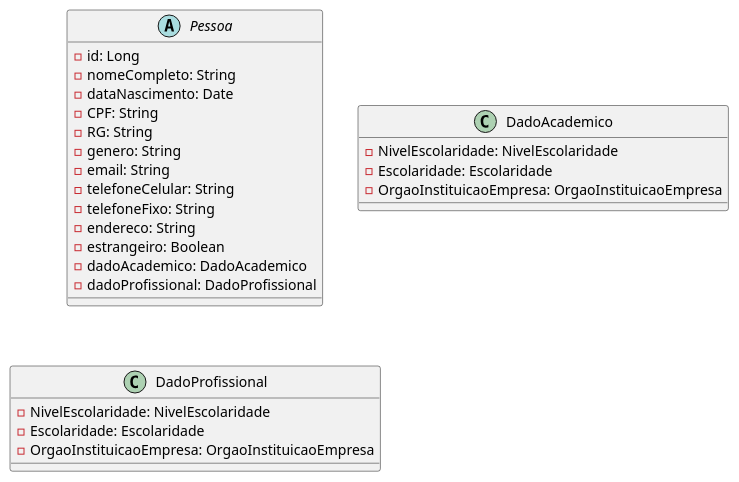
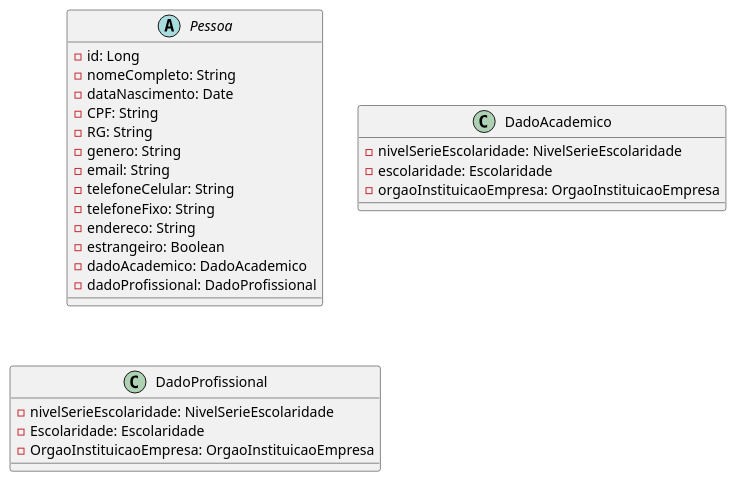
One commit to Vitor-rs/AgePlan_backend changed the diagram in docs/diagrams/dc_entidadesPrincipais.puml. Above: the diagram before and after it, drawn with PlantUML. The commit also changed 18 other files, not shown here.

```diff
--- a/docs/diagrams/dc_entidadesPrincipais.puml
+++ b/docs/diagrams/dc_entidadesPrincipais.puml
@@ -1,33 +1,33 @@
 @startuml
 
 abstract class Pessoa {
     - id: Long
     - nomeCompleto: String
     - dataNascimento: Date
     - CPF: String
     - RG: String
     - genero: String
     - email: String
     - telefoneCelular: String
     - telefoneFixo: String
     - endereco: String
     - estrangeiro: Boolean
     - dadoAcademico: DadoAcademico
     - dadoProfissional: DadoProfissional
 }
 
 class DadoAcademico {
-    - NivelEscolaridade: NivelEscolaridade
-    - Escolaridade: Escolaridade
-    - OrgaoInstituicaoEmpresa: OrgaoInstituicaoEmpresa
+    - nivelSerieEscolaridade: NivelSerieEscolaridade
+    - escolaridade: Escolaridade
+    - orgaoInstituicaoEmpresa: OrgaoInstituicaoEmpresa
 }
 
 class DadoProfissional {
-    - NivelEscolaridade: NivelEscolaridade
+    - nivelSerieEscolaridade: NivelSerieEscolaridade
     - Escolaridade: Escolaridade
     - OrgaoInstituicaoEmpresa: OrgaoInstituicaoEmpresa
 }
 
 
 
 @enduml
```
